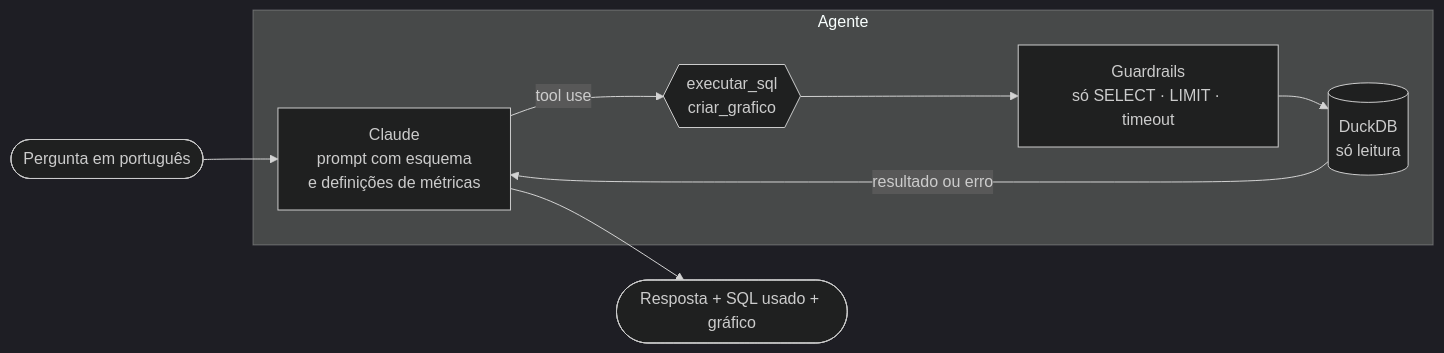
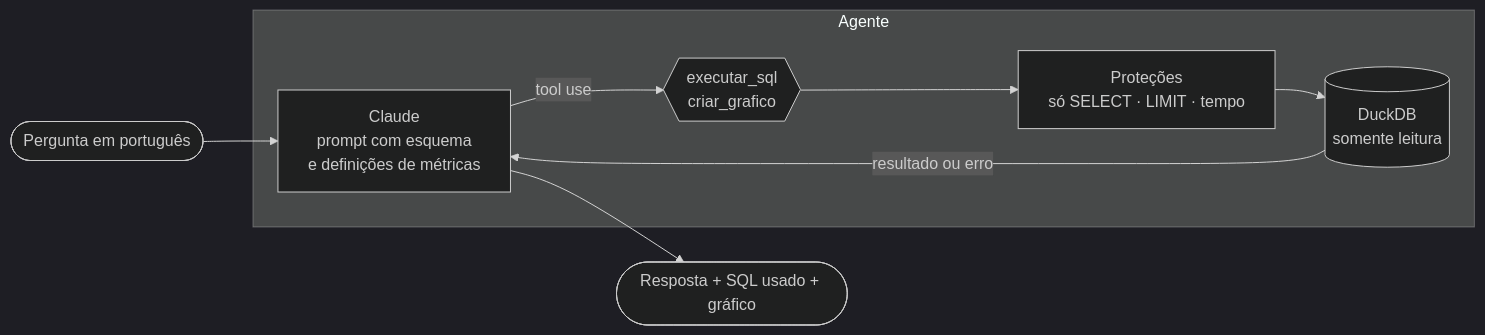
Before and after one commit to DEVLucasMoretti/delivery-insights-ai: the diagram in README.md, drawn with Mermaid (dark theme). The commit also changed other lines of this file and 29 other files, not shown here.

````diff
--- a/README.md
+++ b/README.md
@@ -58,11 +45,11 @@
 ```mermaid
 flowchart LR
     U([Pergunta em português]) --> A
     subgraph Agente
         A[Claude<br/>prompt com esquema<br/>e definições de métricas] -- tool use --> T{{executar_sql<br/>criar_grafico}}
-        T --> G[Guardrails<br/>só SELECT · LIMIT · timeout]
-        G --> D[(DuckDB<br/>só leitura)]
+        T --> G[Proteções<br/>só SELECT · LIMIT · tempo]
+        G --> D[(DuckDB<br/>somente leitura)]
         D -- resultado ou erro --> A
     end
     A --> R([Resposta + SQL usado + gráfico])
 ```
````
